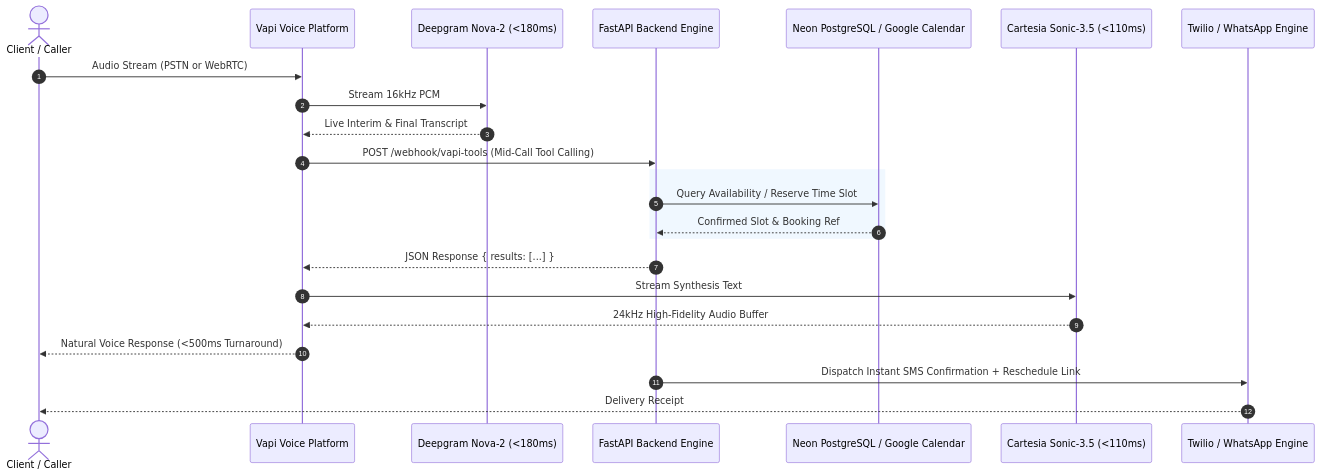
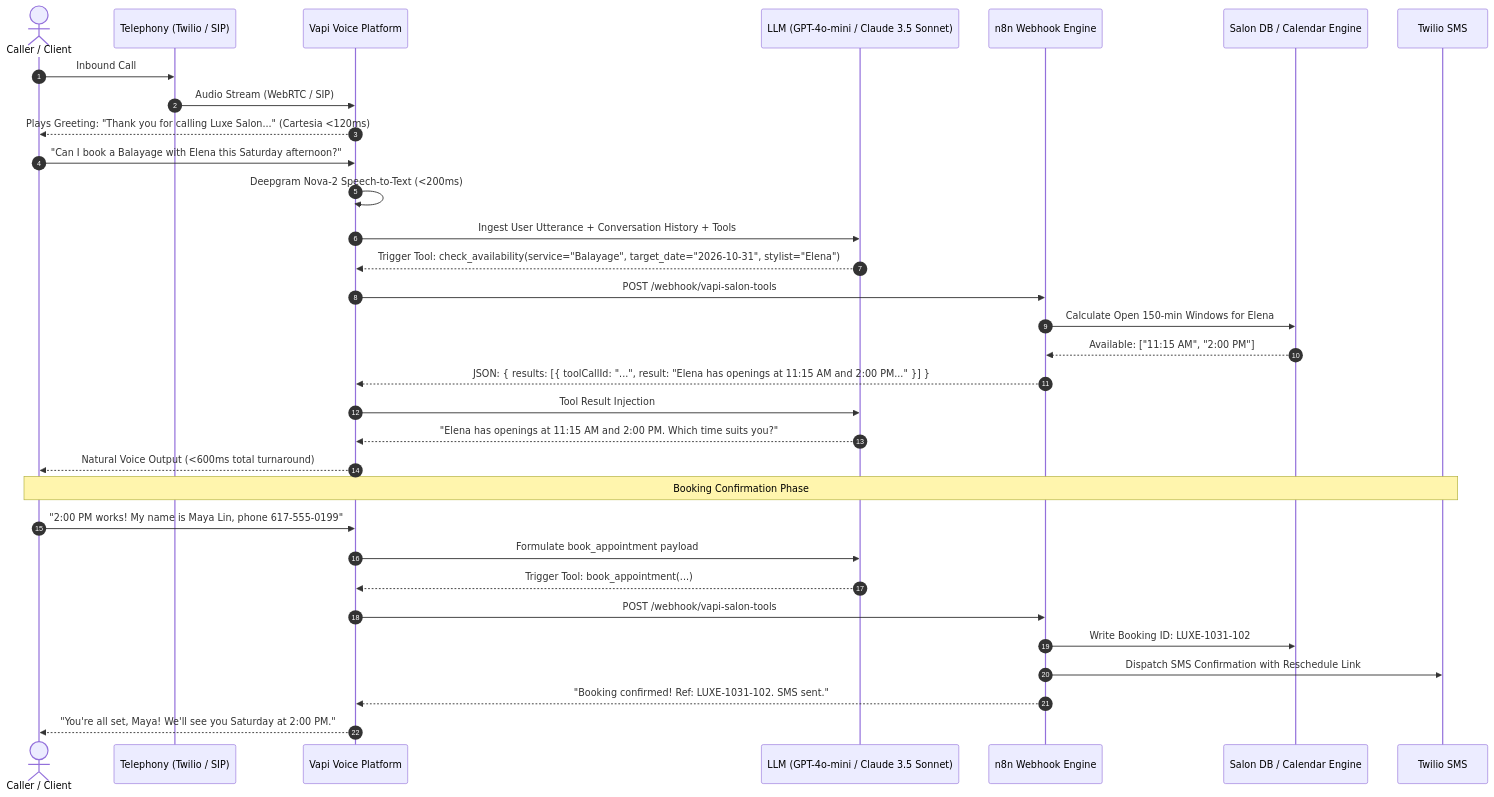
Before and after one commit to learn-with-kkp/omnichannel-ai-receptionist: the diagram in README.md, drawn with Mermaid. The commit also changed other lines of this file and 81 other files, not shown here.

````diff
--- a/README.md
+++ b/README.md
@@ -43,29 +9,36 @@
 ```mermaid
 sequenceDiagram
     autonumber
-    actor Caller as Client / Caller
+    actor Client as Caller / Client
+    participant Tel as Telephony (Twilio / SIP)
     participant Vapi as Vapi Voice Platform
-    participant STT as Deepgram Nova-2 (<180ms)
-    participant API as FastAPI Backend Engine
-    participant DB as Neon PostgreSQL / Google Calendar
-    participant TTS as Cartesia Sonic-3.5 (<110ms)
-    participant SMS as Twilio / WhatsApp Engine
+    participant LLM as LLM (GPT-4o-mini / Claude 3.5 Sonnet)
+    participant N8N as n8n Webhook Engine
+    participant App as Salon DB / Calendar Engine
+    participant SMS as Twilio SMS
 
-    Caller->>Vapi: Audio Stream (PSTN or WebRTC)
-    Vapi->>STT: Stream 16kHz PCM
-    STT-->>Vapi: Live Interim & Final Transcript
-    Vapi->>API: POST /webhook/vapi-tools (Mid-Call Tool Calling)
-    
-    rect rgb(240, 248, 255)
-        API->>DB: Query Availability / Reserve Time Slot
-        DB-->>API: Confirmed Slot & Booking Ref
-    end
+    Client->>Tel: Inbound Call
+    Tel->>Vapi: Audio Stream (WebRTC / SIP)
+    Vapi-->>Client: Plays Greeting: "Thank you for calling Luxe Salon..." (Cartesia <120ms)
+    Client->>Vapi: "Can I book a Balayage with Elena this Saturday afternoon?"
+    Vapi->>Vapi: Deepgram Nova-2 Speech-to-Text (<200ms)
+    Vapi->>LLM: Ingest User Utterance + Conversation History + Tools
+    LLM-->>Vapi: Trigger Tool: check_availability(service="Balayage", target_date="2026-10-31", stylist="Elena")
+    Vapi->>N8N: POST /webhook/vapi-salon-tools
+    N8N->>App: Calculate Open 150-min Windows for Elena
+    App-->>N8N: Available: ["11:15 AM", "2:00 PM"]
+    N8N-->>Vapi: JSON: { results: [{ toolCallId: "...", result: "Elena has openings at 11:15 AM and 2:00 PM..." }] }
+    Vapi->>LLM: Tool Result Injection
+    LLM-->>Vapi: "Elena has openings at 11:15 AM and 2:00 PM. Which time suits you?"
+    Vapi-->>Client: Natural Voice Output (<600ms total turnaround)
 
-    API-->>Vapi: JSON Response { results: [...] }
-    Vapi->>TTS: Stream Synthesis Text
-    TTS-->>Vapi: 24kHz High-Fidelity Audio Buffer
-    Vapi-->>Caller: Natural Voice Response (<500ms Turnaround)
-
-    API->>SMS: Dispatch Instant SMS Confirmation + Reschedule Link
-    SMS-->>Caller: Delivery Receipt
+    Note over Client,SMS: Booking Confirmation Phase
+    Client->>Vapi: "2:00 PM works! My name is Maya Lin, phone 617-555-0199"
+    Vapi->>LLM: Formulate book_appointment payload
+    LLM-->>Vapi: Trigger Tool: book_appointment(...)
+    Vapi->>N8N: POST /webhook/vapi-salon-tools
+    N8N->>App: Write Booking ID: LUXE-1031-102
+    N8N->>SMS: Dispatch SMS Confirmation with Reschedule Link
+    N8N-->>Vapi: "Booking confirmed! Ref: LUXE-1031-102. SMS sent."
+    Vapi-->>Client: "You're all set, Maya! We'll see you Saturday at 2:00 PM."
 ```
````
